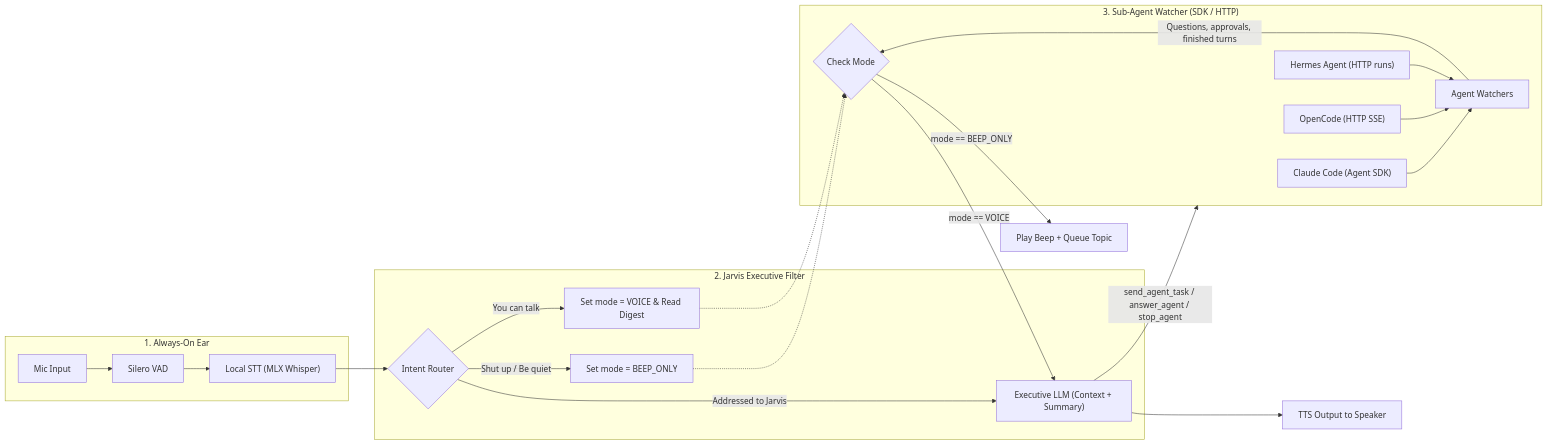
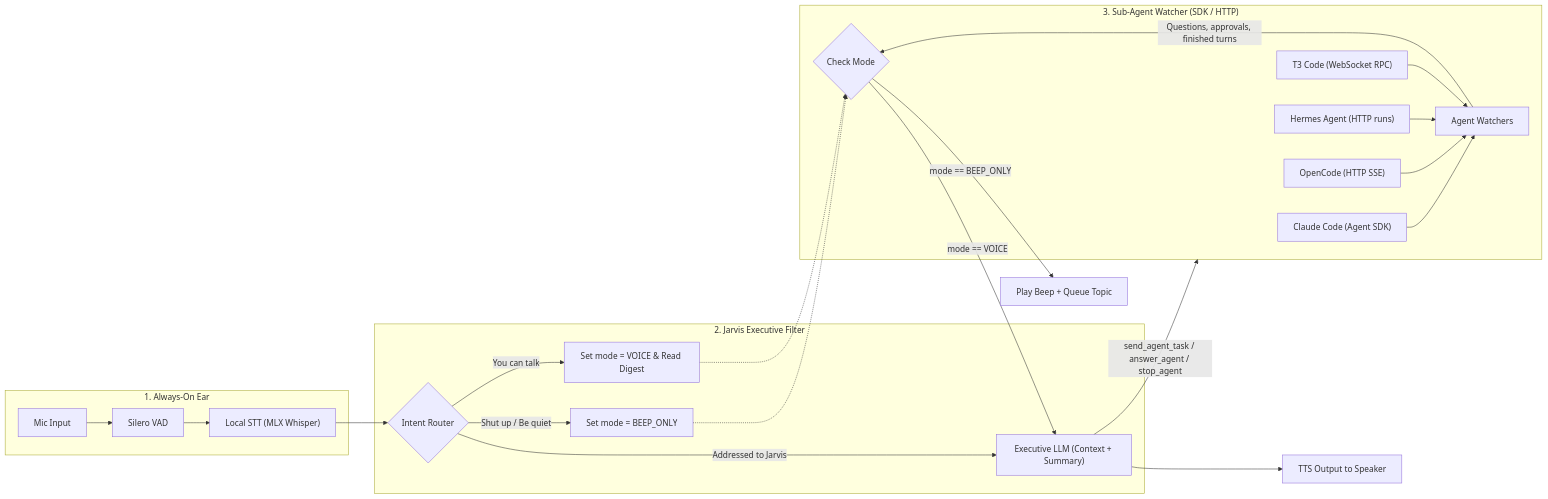
The diagram in docs/architecture.md (sangdth/jarvis), drawn with Mermaid before and after one commit. The commit also changed other lines of this file and 9 other files, not shown here.

First line of the commit message:
feat: add T3 Code agent adapter over WebSocket

````diff
--- a/docs/architecture.md
+++ b/docs/architecture.md
@@ -16,28 +16,29 @@
 ```mermaid
 flowchart LR
     subgraph Input ["1. Always-On Ear"]
         Mic["Mic Input"] --> VAD["Silero VAD"]
         VAD --> STT["Local STT (MLX Whisper)"]
     end
 
     subgraph Brain ["2. Jarvis Executive Filter"]
         STT --> Intent{"Intent Router"}
         Intent -->|"Shut up / Be quiet"| Mute["Set mode = BEEP_ONLY"]
         Intent -->|"You can talk"| Unmute["Set mode = VOICE & Read Digest"]
         Intent -->|"Addressed to Jarvis"| LLM["Executive LLM (Context + Summary)"]
     end
 
     subgraph CodingAgents ["3. Sub-Agent Watcher (SDK / HTTP)"]
         CC["Claude Code (Agent SDK)"] --> Buffer["Agent Watchers"]
         OC["OpenCode (HTTP SSE)"] --> Buffer
         HA["Hermes Agent (HTTP runs)"] --> Buffer
+        T3["T3 Code (WebSocket RPC)"] --> Buffer
         Buffer -->|"Questions, approvals, finished turns"| Notify{"Check Mode"}
     end
 
     Mute -.-> Notify
     Unmute -.-> Notify
     Notify -->|"mode == BEEP_ONLY"| Beep["Play Beep + Queue Topic"]
     Notify -->|"mode == VOICE"| LLM
     LLM --> TTS["TTS Output to Speaker"]
     LLM -->|"send_agent_task / answer_agent / stop_agent"| CodingAgents
 ```
````
